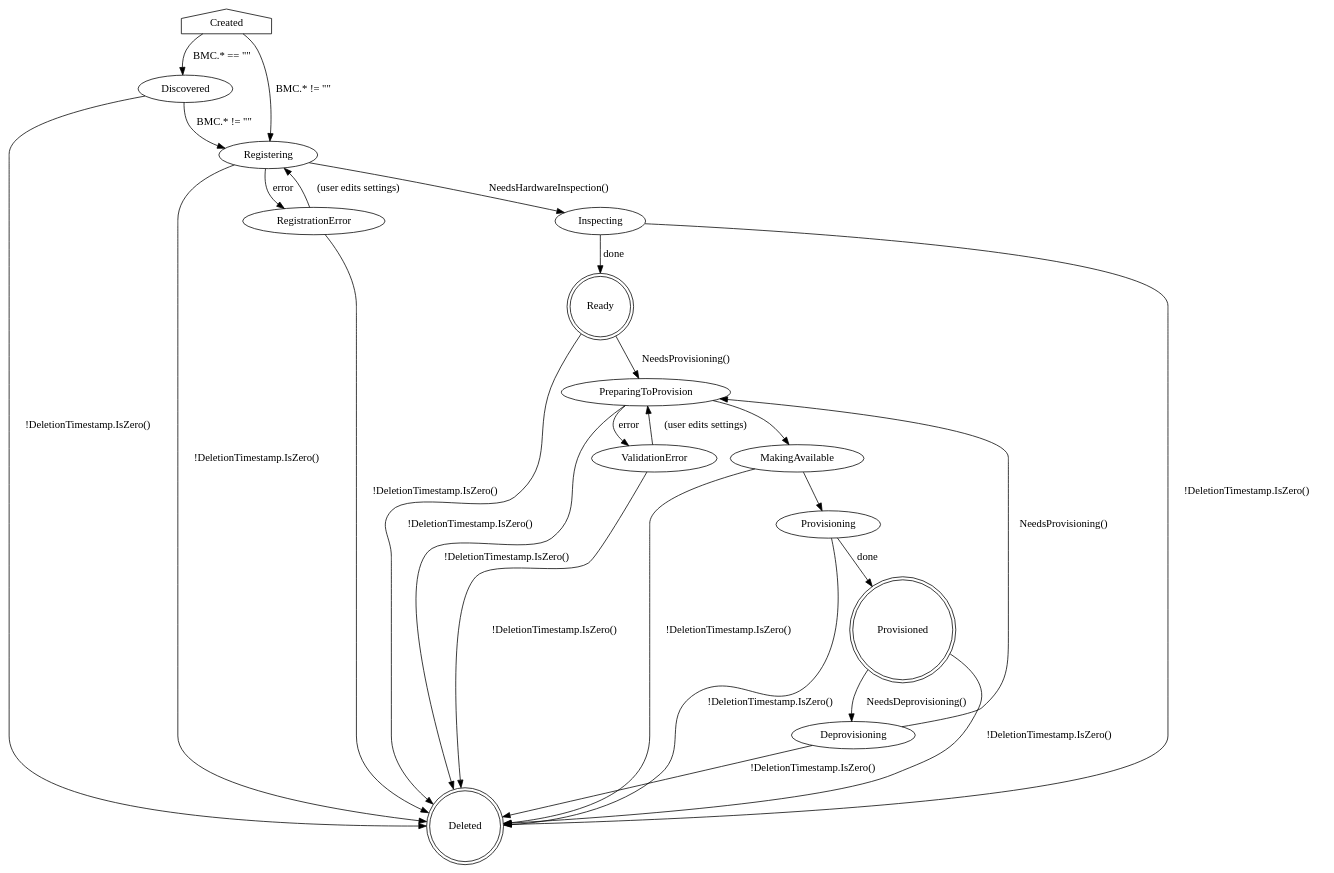
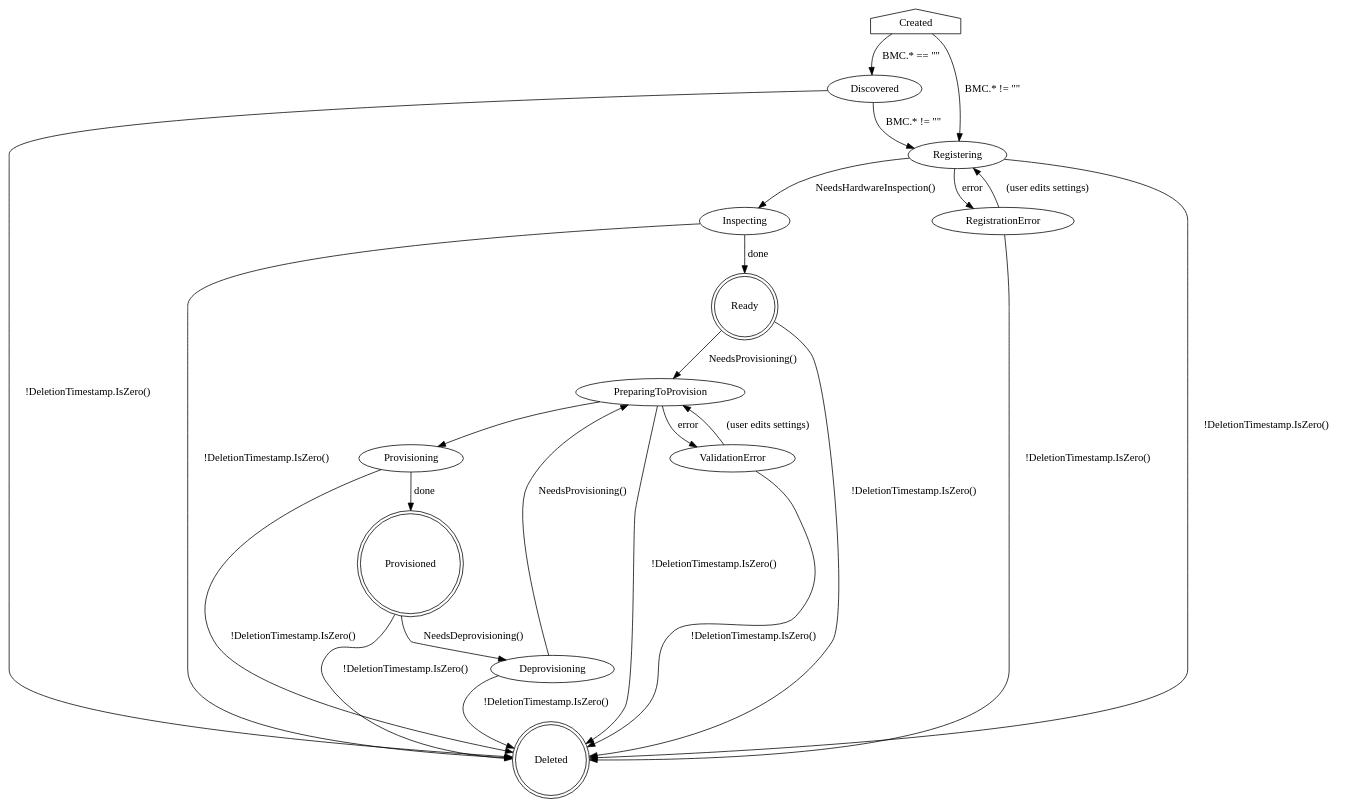
One commit to metal3-io/baremetal-operator changed the diagram in docs/BaremetalHost_ProvisioningState.dot. Above: the diagram before and after it, drawn with Graphviz. The commit also changed 1 other file, not shown here.

```diff
--- a/docs/BaremetalHost_ProvisioningState.dot
+++ b/docs/BaremetalHost_ProvisioningState.dot
@@ -1,44 +1,41 @@
 digraph BaremetalHost {
     Created [shape=house]
     Created -> Discovered [label="BMC.* == \"\""]
     Created -> Registering [label="BMC.* != \"\""]
 
     Discovered -> Registering [label="BMC.* != \"\""]
     Discovered -> Deleted [label="!DeletionTimestamp.IsZero()"]
 
     Registering -> Inspecting [label="NeedsHardwareInspection()"]
     Registering -> RegistrationError [label=error]
     Registering -> Deleted [label="!DeletionTimestamp.IsZero()"]
 
     Inspecting -> Ready [label="done"]
     Inspecting -> Deleted [label="!DeletionTimestamp.IsZero()"]
 
     RegistrationError -> Registering [label="(user edits settings)"]
     RegistrationError -> Deleted [label="!DeletionTimestamp.IsZero()"]
 
     Ready [shape=doublecircle]
     Ready -> PreparingToProvision [label="NeedsProvisioning()"]
     Ready -> Deleted [label="!DeletionTimestamp.IsZero()"]
 
     PreparingToProvision -> ValidationError [label=error]
-    PreparingToProvision -> MakingAvailable
+    PreparingToProvision -> Provisioning
     PreparingToProvision -> Deleted [label="!DeletionTimestamp.IsZero()"]
 
     ValidationError -> PreparingToProvision [label="(user edits settings)"]
     ValidationError -> Deleted [label="!DeletionTimestamp.IsZero()"]
-
-    MakingAvailable -> Provisioning
-    MakingAvailable -> Deleted [label="!DeletionTimestamp.IsZero()"]
 
     Provisioning -> Provisioned [label=done]
     Provisioning -> Deleted [label="!DeletionTimestamp.IsZero()"]
 
     Provisioned [shape=doublecircle]
     Provisioned -> Deprovisioning [label="NeedsDeprovisioning()"]
     Provisioned -> Deleted [label="!DeletionTimestamp.IsZero()"]
 
     Deleted [shape=doublecircle]
 
     Deprovisioning -> PreparingToProvision [label="NeedsProvisioning()"]
     Deprovisioning -> Deleted [label="!DeletionTimestamp.IsZero()"]
 }
```
